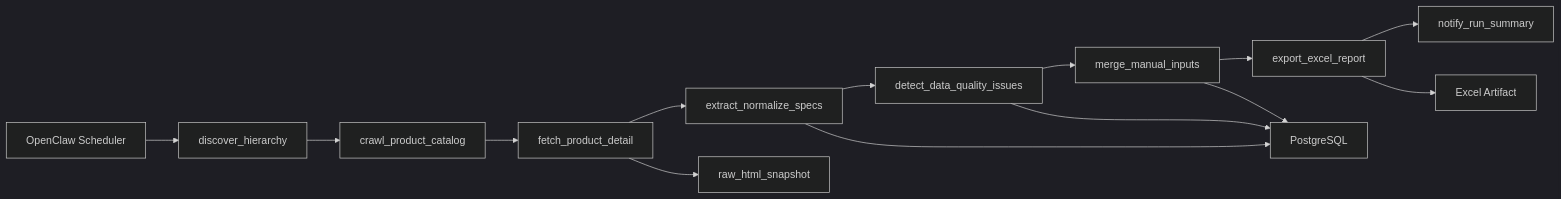
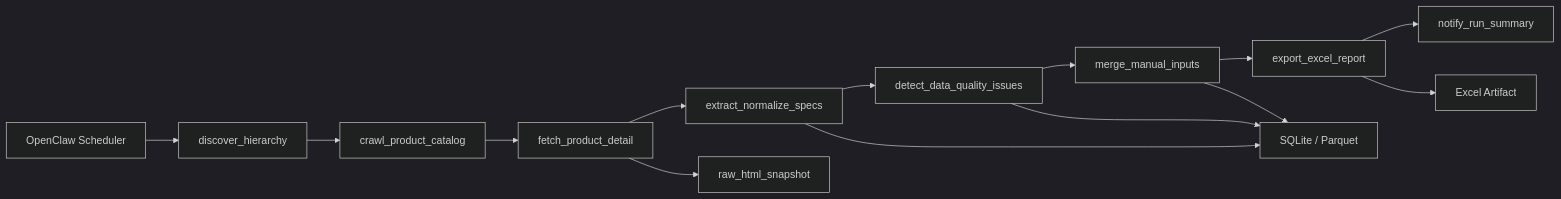
One commit to zhuyunchuan/auto-CompetitionAnalysis changed the diagram in docs/技术方案_v0.1_云端竞品参数抓取系统.md. Above: the diagram before and after it, drawn with Mermaid (dark theme). The commit also changed other lines of this file, not shown here.

Commit message:
docs: switch tech方案 to lightweight SQLite + Parquet (v0.2)

````diff
--- a/docs/技术方案_v0.1_云端竞品参数抓取系统.md
+++ b/docs/技术方案_v0.1_云端竞品参数抓取系统.md
@@ -23,17 +23,17 @@
 ```mermaid
 flowchart LR
     A["OpenClaw Scheduler"] --> B["discover_hierarchy"]
     B --> C["crawl_product_catalog"]
     C --> D["fetch_product_detail"]
     D --> E["extract_normalize_specs"]
     E --> F["detect_data_quality_issues"]
     F --> G["merge_manual_inputs"]
     G --> H["export_excel_report"]
     H --> I["notify_run_summary"]
 
     D --> R["raw_html_snapshot"]
-    E --> DB["PostgreSQL"]
+    E --> DB["SQLite / Parquet"]
     F --> DB
     G --> DB
     H --> X["Excel Artifact"]
 ```
````
